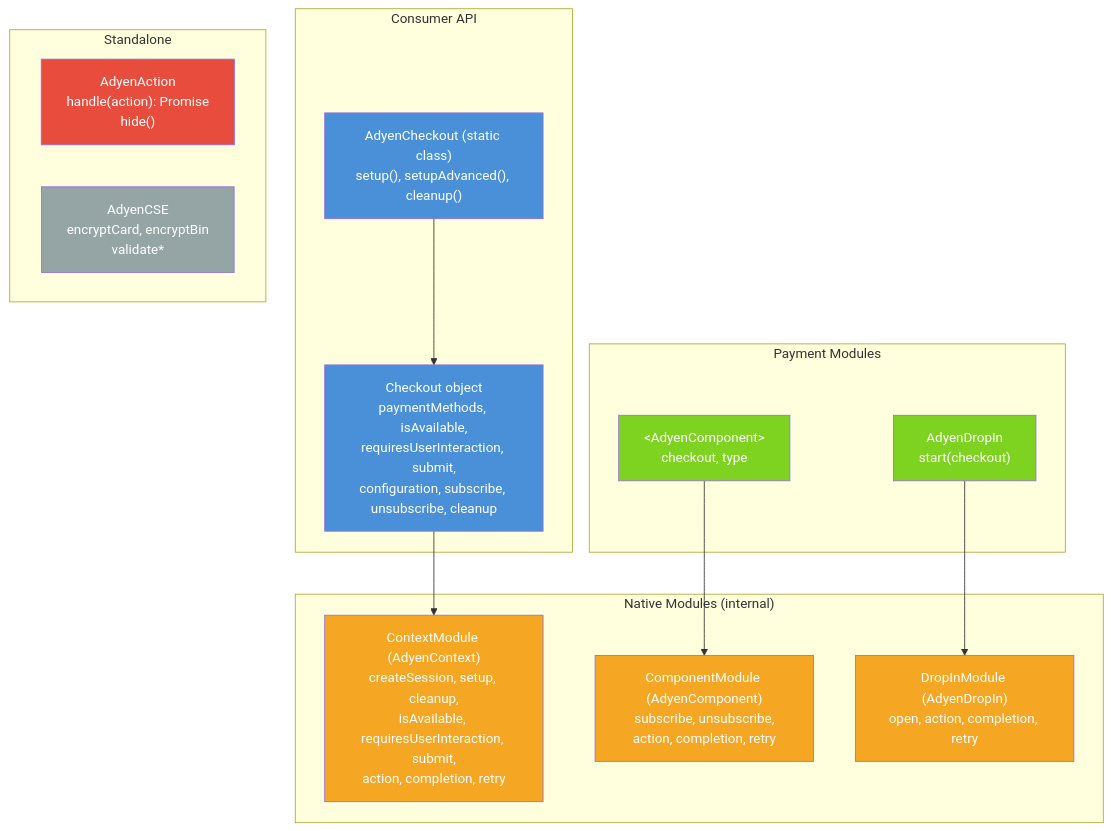
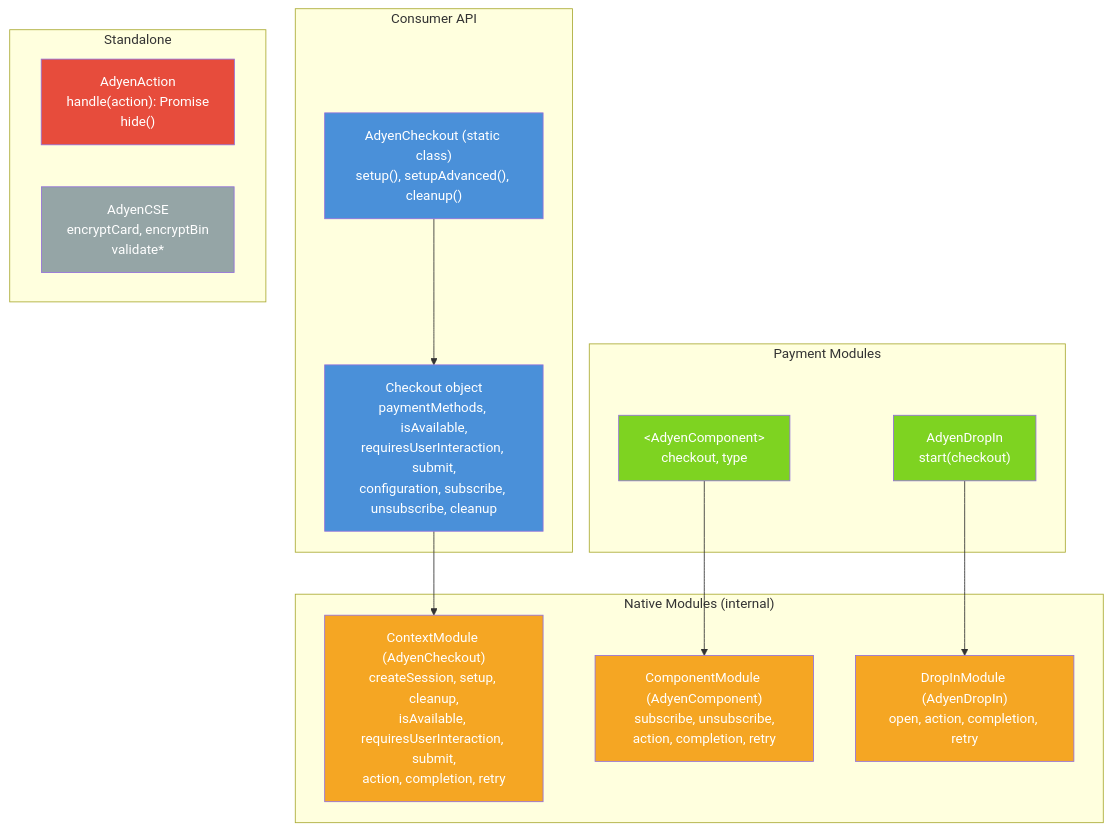
The fourth of 4 diagrams in docs/public-api-flows.md (Adyen/adyen-react-native), drawn with Mermaid before and after one commit. The commit also changed 17 other files, not shown here.

First line of the commit message:
refactor!: rename the AdyenContext bridge module to AdyenCheckout

````diff
--- a/docs/public-api-flows.md
+++ b/docs/public-api-flows.md
@@ -130,38 +130,38 @@
 ```mermaid
 graph TB
     subgraph "Consumer API"
         AC["AdyenCheckout (static class)<br/>setup(), setupAdvanced(), cleanup()"]
         Checkout["Checkout object<br/>paymentMethods, isAvailable,<br/>requiresUserInteraction, submit,<br/>configuration, subscribe, unsubscribe, cleanup"]
     end
 
     subgraph "Payment Modules"
         DropIn["AdyenDropIn<br/>start(checkout)"]
         Component["&lt;AdyenComponent&gt;<br/>checkout, type"]
     end
 
     subgraph "Standalone"
         ActionMod["AdyenAction<br/>handle(action): Promise<br/>hide()"]
         CSE["AdyenCSE<br/>encryptCard, encryptBin<br/>validate*"]
     end
 
     subgraph "Native Modules (internal)"
-        Context["ContextModule (AdyenContext)<br/>createSession, setup, cleanup,<br/>isAvailable, requiresUserInteraction, submit,<br/>action, completion, retry"]
+        Context["ContextModule (AdyenCheckout)<br/>createSession, setup, cleanup,<br/>isAvailable, requiresUserInteraction, submit,<br/>action, completion, retry"]
         CompMod["ComponentModule (AdyenComponent)<br/>subscribe, unsubscribe,<br/>action, completion, retry"]
         DropInMod["DropInModule (AdyenDropIn)<br/>open, action, completion, retry"]
     end
 
     AC --> Checkout
     Checkout --> Context
     DropIn --> DropInMod
     Component --> CompMod
 
     style AC fill:#4a90d9,color:#fff
     style Checkout fill:#4a90d9,color:#fff
     style DropIn fill:#7ed321,color:#fff
     style Component fill:#7ed321,color:#fff
     style ActionMod fill:#e74c3c,color:#fff
     style CSE fill:#95a5a6,color:#fff
     style Context fill:#f5a623,color:#fff
     style CompMod fill:#f5a623,color:#fff
     style DropInMod fill:#f5a623,color:#fff
 ```
````
